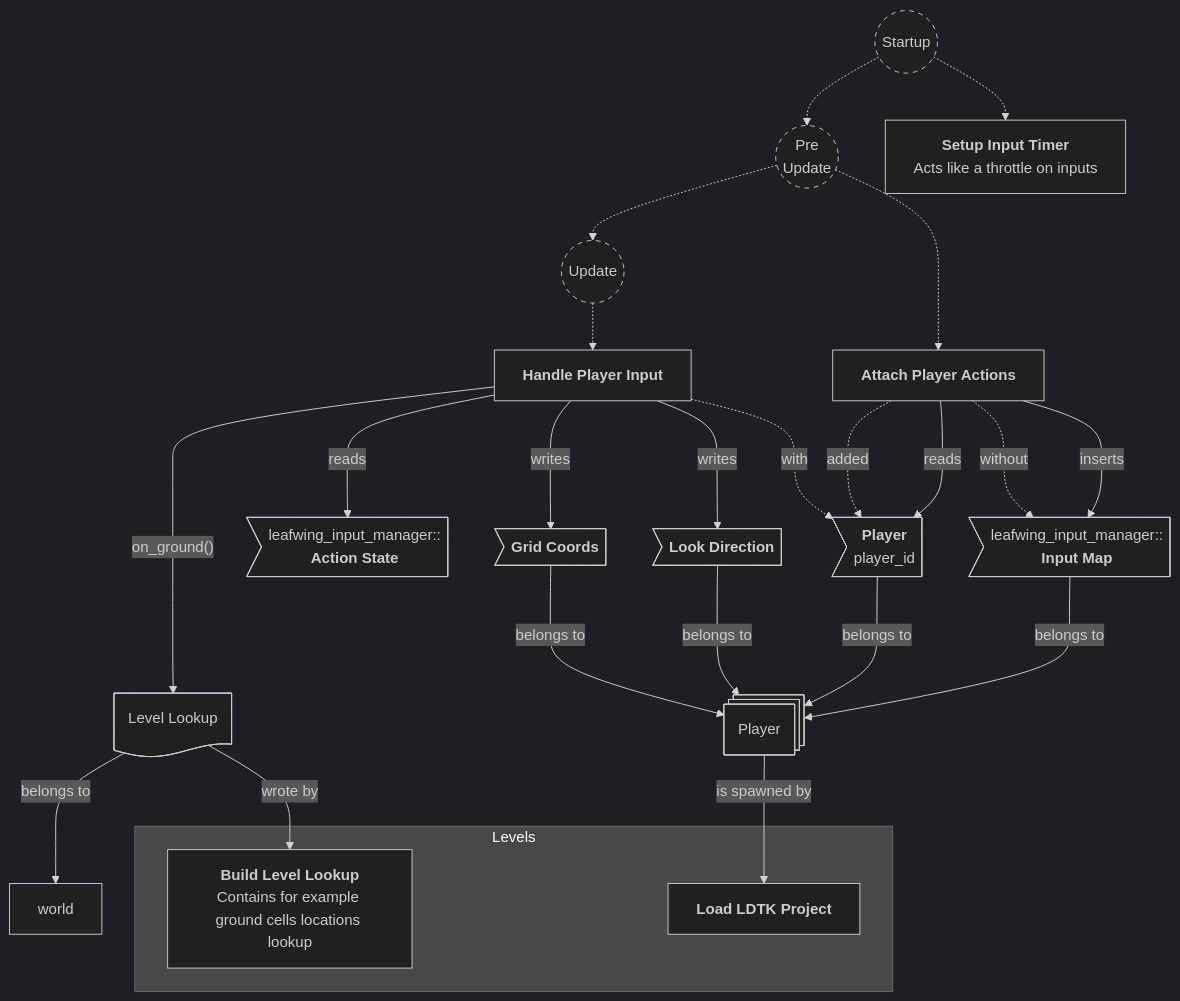
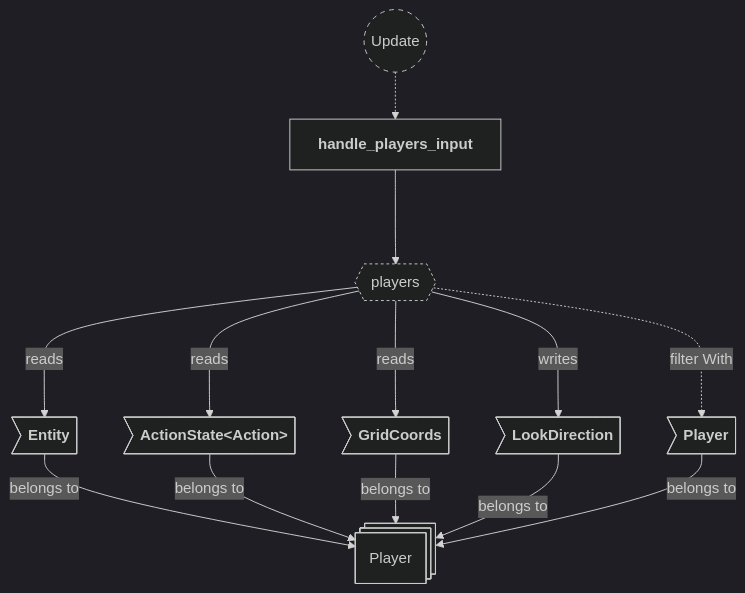
Before and after one commit to neurosoup/tyled: the fourth of 6 diagrams in backlog/docs/doc-2 - 002-Input-plugin.md, drawn with Mermaid. The commit also changed other lines of this file and 7 other files, not shown here.

````diff
--- a/backlog/docs/doc-2 - 002-Input-plugin.md
+++ b/backlog/docs/doc-2 - 002-Input-plugin.md
@@ -8,67 +139,32 @@
 ```mermaid
 ---
 config:
   theme: dark
 ---
 
 flowchart TD
+classDef system-group stroke-dasharray: 5 5
+classDef query stroke-dasharray: 3 3
 
-%% dash for system groups
-classDef system-group stroke-dasharray: 5 5
+update(("`Update`")):::system-group
+handle_players_input["`**handle_players_input**`"]
 
-%%%%%%%%%%%%%%%%%%%%%%%
-%%     Resources     %%
-%%%%%%%%%%%%%%%%%%%%%%%
+update -.-> handle_players_input
 
-level_lookup_res@{ shape: doc, label: "Level Lookup" } --> |belongs to| world
+players_query{{"`players`"}}:::query
+handle_players_input ---> players_query
 
+player_entity@{ shape: st-rect, label: "Player" }
 
-%%%%%%%%%%%%%%%%%%%%%%%%%%%%
-%%  Entities & Components %%
-%%%%%%%%%%%%%%%%%%%%%%%%%%%%
+pe_entity>"`**Entity**`"] --> |belongs to| player_entity
+pe_action_state>"`**ActionState#60;Action#62;**`"] --> |belongs to| player_entity
+pe_grid_coords>"`**GridCoords**`"] --> |belongs to| player_entity
+pe_look_direction>"`**LookDirection**`"] --> |belongs to| player_entity
+pe_player>"`**Player**`"] --> |belongs to| player_entity
 
-action_state_component>"`leafwing_input_manager::<br>**Action State**`"]
-
-player_entity@{ shape: st-rect, label: "Player" } 
-pe_player_component>"`**Player**<br>player_id`"] ---> |belongs to| player_entity
-pe_input_map_component>"`leafwing_input_manager::<br>**Input Map**`"] ---> |belongs to| player_entity
-pe_grid_coords_component>"`**Grid Coords**`"] ---> |belongs to| player_entity
-pe_look_direction_component>"`**Look Direction**`"] ---> |belongs to| player_entity
-player_entity --> |is spawned by| load_ldtk_project
-
-
-%%%%%%%%%%%%%%%%%%%%%%%
-%%      Systems      %%
-%%%%%%%%%%%%%%%%%%%%%%%
-
-startup((Startup)):::system-group -.-> preupdate(("`Pre<br>Update`")):::system-group -.-> update(("`Update`")):::system-group
-
-subgraph Levels
-    load_ldtk_project["`**Load LDTK Project**`"]
-    build_level_lookup["`**Build Level Lookup**<br>Contains for example ground cells locations lookup`"]
-end
-
-level_lookup_res --> |wrote by| build_level_lookup  
-
-setup_input_timer["`**Setup Input Timer**<br>Acts like a throttle on inputs`"]
-attach_players_actions["`**Attach Player Actions**`"]
-handle_player_input["`**Handle Player Input**`"]
-
-startup -.-> setup_input_timer
-preupdate -.-> attach_players_actions
-update -.-> handle_player_input
-
-attach_players_actions -..-> |added| pe_player_component
-attach_players_actions ---> |reads| pe_player_component
-attach_players_actions -..-> |without| pe_input_map_component
-attach_players_actions ---> |inserts| pe_input_map_component
-
-handle_player_input --> |"`on_ground()`"| level_lookup_res
-handle_player_input ---> |reads| action_state_component
-handle_player_input ---> |writes| pe_grid_coords_component
-handle_player_input ---> |writes| pe_look_direction_component
-handle_player_input -..-> |with| pe_player_component
-
-
-
+players_query ---> |reads| pe_entity
+players_query ---> |reads| pe_action_state
+players_query ---> |reads| pe_grid_coords
+players_query ---> |writes| pe_look_direction
+players_query -..-> |filter With| pe_player
 ```
````
